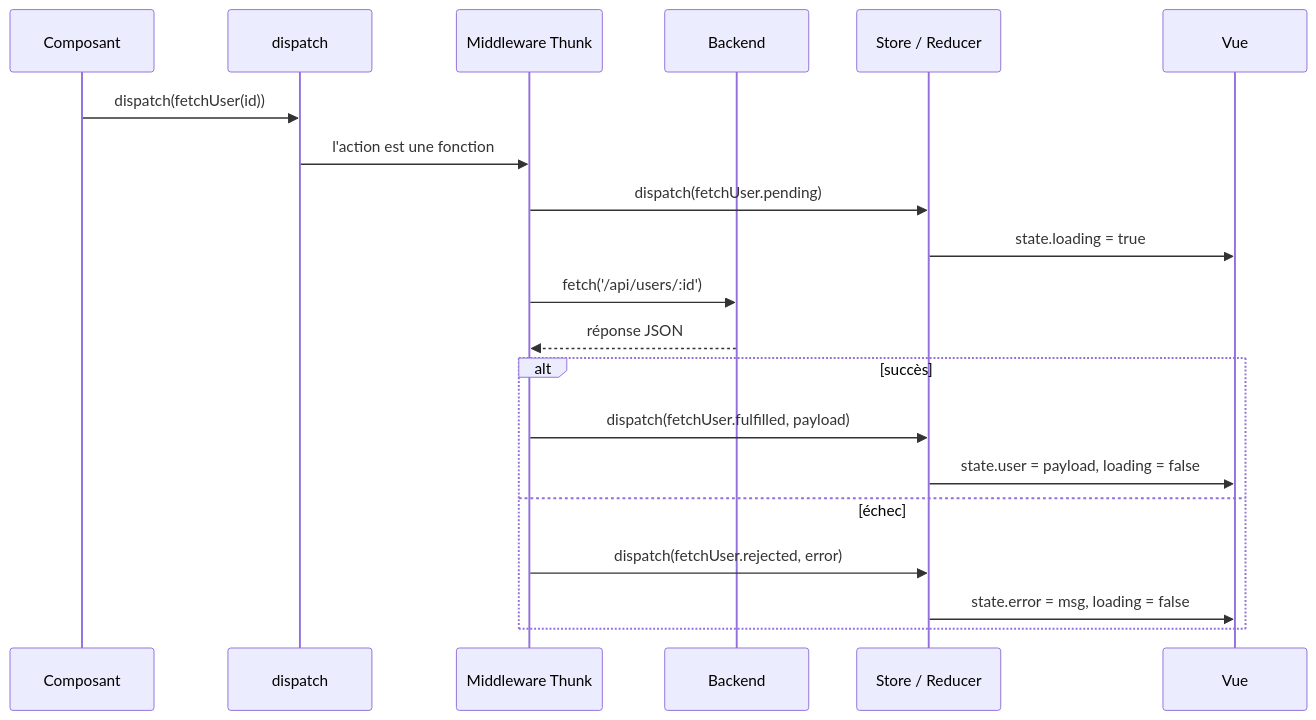
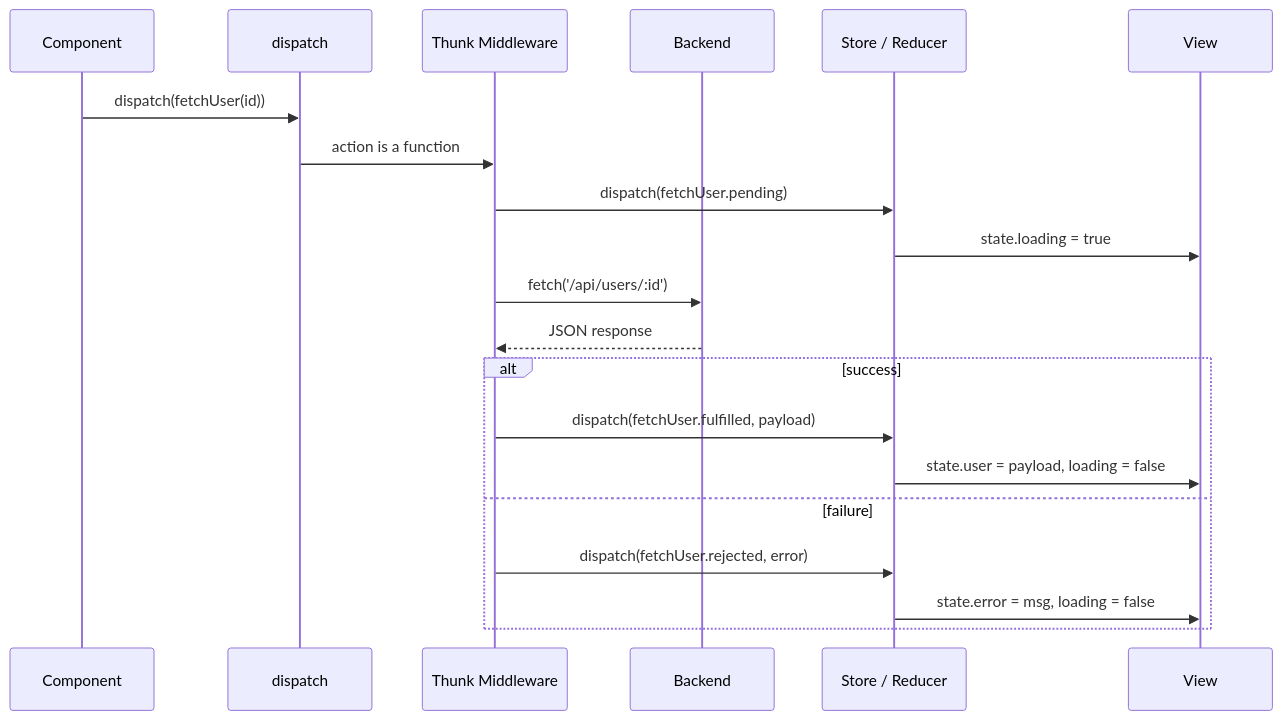
Before and after one commit to BabaScience/react-guides: the fifth of 7 diagrams in arguments/chapters/fr/06-state-management.md, drawn with Mermaid. The commit also changed other lines of this file and 29 other files, not shown here.

First line of the commit message:
Bring React FR/IT translations to full English parity + theme-safe diagrams

````diff
--- a/arguments/chapters/fr/06-state-management.md
+++ b/arguments/chapters/fr/06-state-management.md
@@ -227,23 +1186,23 @@
 ```mermaid
 sequenceDiagram
-    participant UI as Composant
+    participant UI as Component
     participant D as dispatch
-    participant M as Middleware Thunk
+    participant M as Thunk Middleware
     participant API as Backend
     participant S as Store / Reducer
-    participant V as Vue
+    participant V as View
 
     UI->>D: dispatch(fetchUser(id))
-    D->>M: l'action est une fonction
+    D->>M: action is a function
     M->>S: dispatch(fetchUser.pending)
     S->>V: state.loading = true
     M->>API: fetch('/api/users/:id')
-    API-->>M: réponse JSON
-    alt succès
+    API-->>M: JSON response
+    alt success
         M->>S: dispatch(fetchUser.fulfilled, payload)
         S->>V: state.user = payload, loading = false
-    else échec
+    else failure
         M->>S: dispatch(fetchUser.rejected, error)
         S->>V: state.error = msg, loading = false
     end
 ```
````
